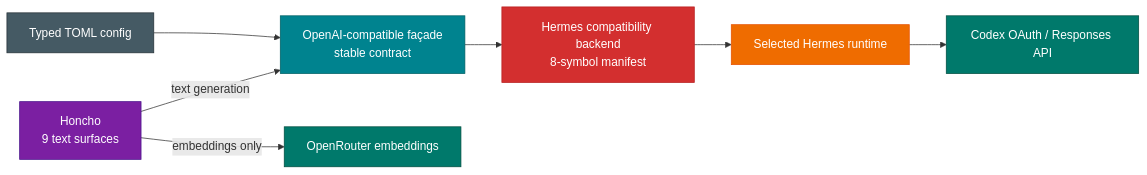
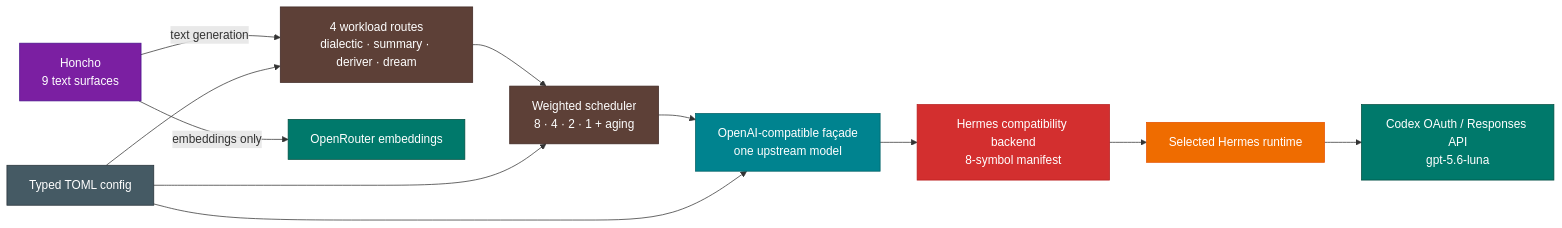
One commit to mpolatcan/hermes-setup changed the diagram in integrations/honcho-codex-adapter/README.md. Above: the diagram before and after it, drawn with Mermaid. The commit also changed other lines of this file and 22 other files, not shown here.

First line of the commit message:
refactor(honcho): separate workload routes from model identity

````diff
--- a/integrations/honcho-codex-adapter/README.md
+++ b/integrations/honcho-codex-adapter/README.md
@@ -23,21 +23,26 @@
 ```mermaid
 flowchart LR
     H["Honcho<br/>9 text surfaces"]:::infra
-    A["OpenAI-compatible façade<br/>stable contract"]:::svc
+    W["4 workload routes<br/>dialectic · summary · deriver · dream"]:::route
+    Q["Weighted scheduler<br/>8 · 4 · 2 · 1 + aging"]:::route
+    A["OpenAI-compatible façade<br/>one upstream model"]:::svc
     C["Typed TOML config"]:::config
     B["Hermes compatibility backend<br/>8-symbol manifest"]:::compat
     R["Selected Hermes runtime"]:::hermes
-    O["Codex OAuth / Responses API"]:::ext
+    O["Codex OAuth / Responses API<br/>gpt-5.6-luna"]:::ext
     E["OpenRouter embeddings"]:::ext
 
-    H -->|"text generation"| A --> B --> R --> O
+    H -->|"text generation"| W --> Q --> A --> B --> R --> O
     H -->|"embeddings only"| E
+    C --> W
+    C --> Q
     C --> A
 
     classDef infra fill:#7B1FA2,stroke:#4A148C,color:#fff
+    classDef route fill:#5D4037,stroke:#3E2723,color:#fff
     classDef svc fill:#00838F,stroke:#006064,color:#fff
     classDef config fill:#455A64,stroke:#263238,color:#fff
     classDef compat fill:#D32F2F,stroke:#B71C1C,color:#fff
     classDef hermes fill:#EF6C00,stroke:#E65100,color:#fff
     classDef ext fill:#00796B,stroke:#004D40,color:#fff
 ```
````
